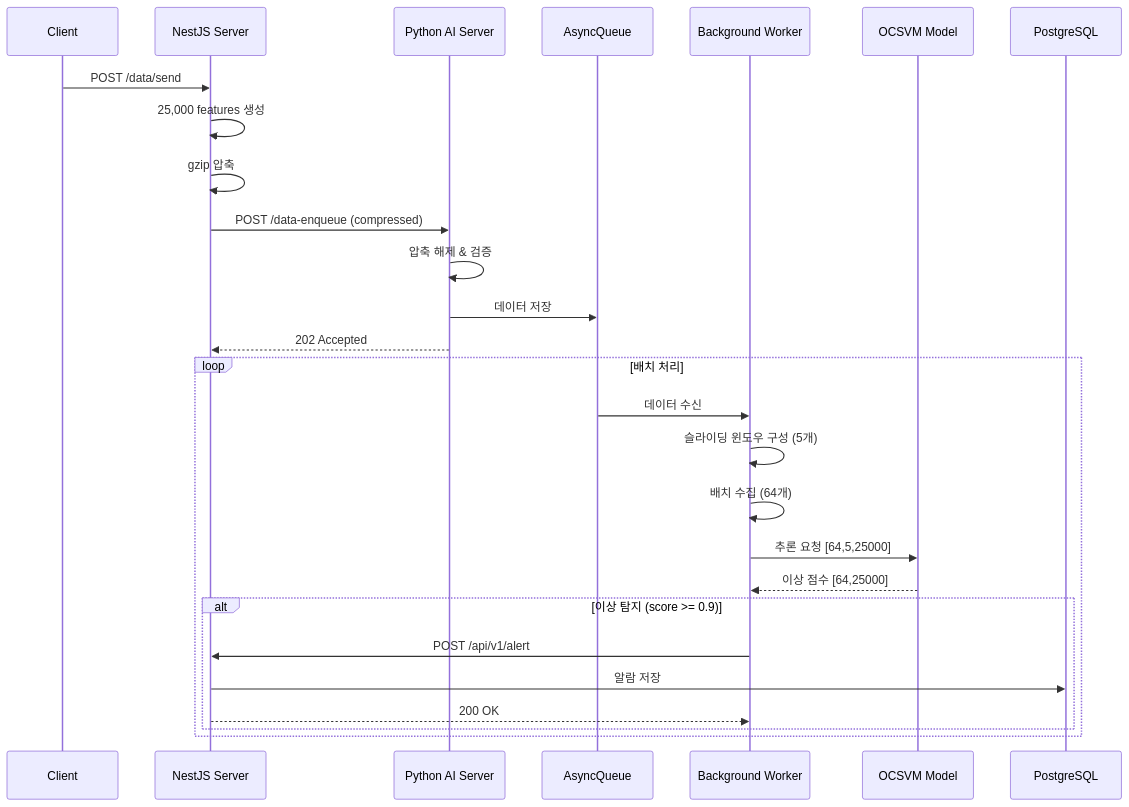
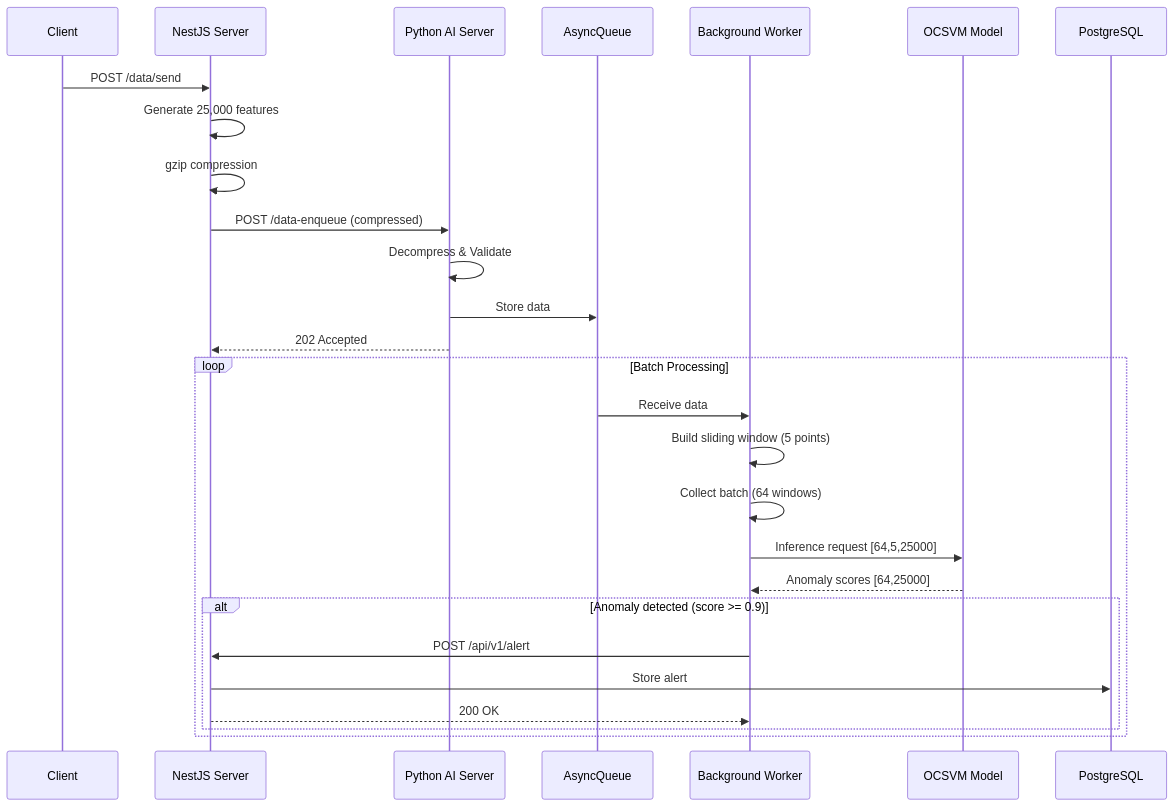
Before and after one commit to sngmng6506/Real-time-Anomaly-Detection-System: the second of 2 diagrams in README.md, drawn with Mermaid. The commit also changed other lines of this file, not shown here.

````diff
--- a/README.md
+++ b/README.md
@@ -159,32 +159,32 @@
 ```mermaid
 sequenceDiagram
     participant Client
     participant NestJS as NestJS Server
     participant Python as Python AI Server
     participant Queue as AsyncQueue
     participant Worker as Background Worker
     participant Model as OCSVM Model
     participant DB as PostgreSQL
 
     Client->>NestJS: POST /data/send
-    NestJS->>NestJS: 25,000 features 생성
-    NestJS->>NestJS: gzip 압축
+    NestJS->>NestJS: Generate 25,000 features
+    NestJS->>NestJS: gzip compression
     NestJS->>Python: POST /data-enqueue (compressed)
-    Python->>Python: 압축 해제 & 검증
-    Python->>Queue: 데이터 저장
+    Python->>Python: Decompress & Validate
+    Python->>Queue: Store data
     Python-->>NestJS: 202 Accepted
 
-    loop 배치 처리
-        Queue->>Worker: 데이터 수신
-        Worker->>Worker: 슬라이딩 윈도우 구성 (5개)
-        Worker->>Worker: 배치 수집 (64개)
-        Worker->>Model: 추론 요청 [64,5,25000]
-        Model-->>Worker: 이상 점수 [64,25000]
+    loop Batch Processing
+        Queue->>Worker: Receive data
+        Worker->>Worker: Build sliding window (5 points)
+        Worker->>Worker: Collect batch (64 windows)
+        Worker->>Model: Inference request [64,5,25000]
+        Model-->>Worker: Anomaly scores [64,25000]
         
-        alt 이상 탐지 (score >= 0.9)
+        alt Anomaly detected (score >= 0.9)
             Worker->>NestJS: POST /api/v1/alert
-            NestJS->>DB: 알람 저장
+            NestJS->>DB: Store alert
             NestJS-->>Worker: 200 OK
         end
     end
 ```
````
